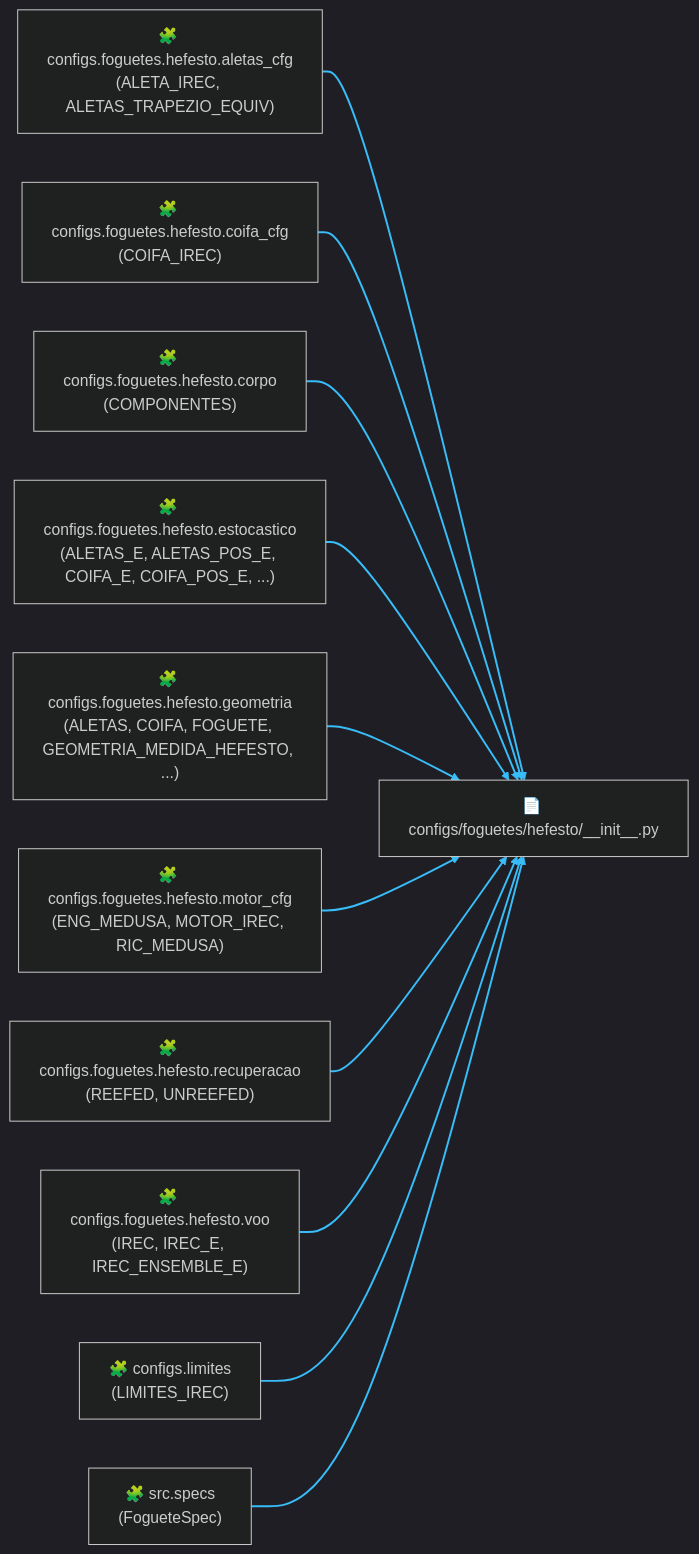
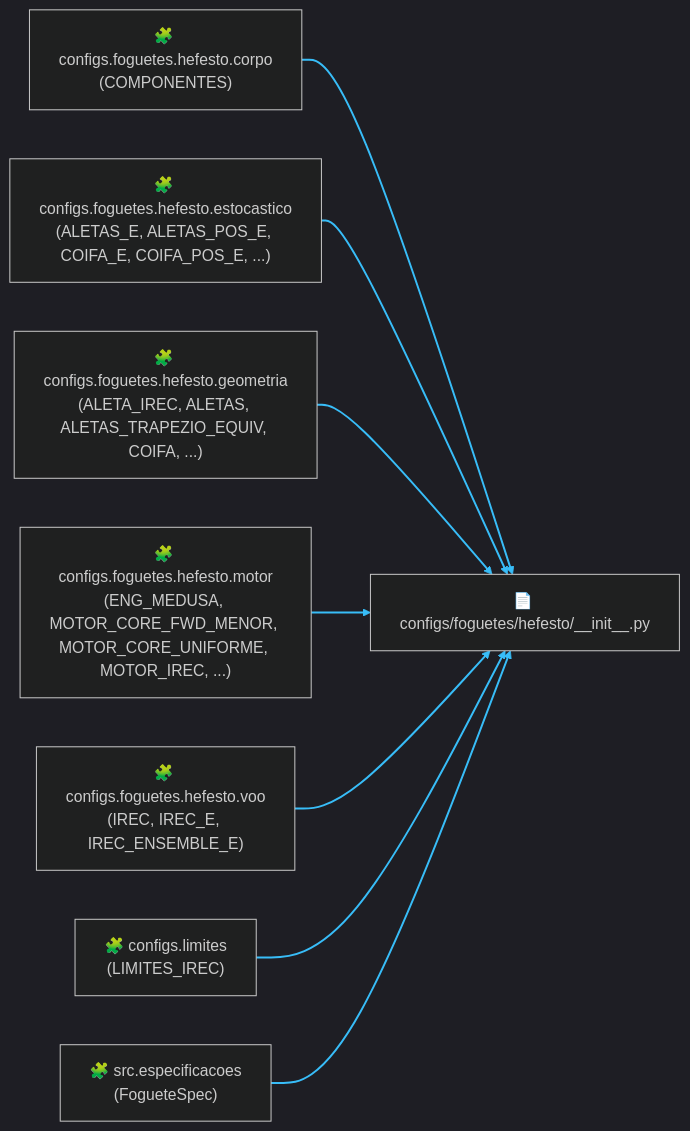
Before and after one commit to Supernova-Sim/Simulator-GUI-Python: the diagram in docs/arquitetura/_gerados_c4/configs__foguetes__hefesto.c4.md, drawn with Mermaid. The commit also changed other lines of this file and 130 other files, not shown here.

````diff
--- a/docs/arquitetura/_gerados_c4/configs__foguetes__hefesto.c4.md
+++ b/docs/arquitetura/_gerados_c4/configs__foguetes__hefesto.c4.md
@@ -21,26 +21,20 @@
 ```mermaid
 %%{init: {'theme': 'dark', 'themeVariables': { 'lineColor': '#38bdf8' }}}%%
 flowchart LR
     MOD["📄 configs/foguetes/hefesto/__init__.py"]
-    INT_0["🧩 configs.foguetes.hefesto.aletas_cfg\n(ALETA_IREC, ALETAS_TRAPEZIO_EQUIV)"] --> MOD
-    click INT_0 href "configs__foguetes__hefesto__aletas_cfg.c4.md" "Abrir C4 de configs.foguetes.hefesto.aletas_cfg"
-    INT_1["🧩 configs.foguetes.hefesto.coifa_cfg\n(COIFA_IREC)"] --> MOD
-    click INT_1 href "configs__foguetes__hefesto__coifa_cfg.c4.md" "Abrir C4 de configs.foguetes.hefesto.coifa_cfg"
-    INT_2["🧩 configs.foguetes.hefesto.corpo\n(COMPONENTES)"] --> MOD
-    click INT_2 href "configs__foguetes__hefesto__corpo.c4.md" "Abrir C4 de configs.foguetes.hefesto.corpo"
-    INT_3["🧩 configs.foguetes.hefesto.estocastico\n(ALETAS_E, ALETAS_POS_E, COIFA_E, COIFA_POS_E, ...)"] --> MOD
-    click INT_3 href "configs__foguetes__hefesto__estocastico.c4.md" "Abrir C4 de configs.foguetes.hefesto.estocastico"
-    INT_4["🧩 configs.foguetes.hefesto.geometria\n(ALETAS, COIFA, FOGUETE, GEOMETRIA_MEDIDA_HEFESTO, ...)"] --> MOD
-    click INT_4 href "configs__foguetes__hefesto__geometria.c4.md" "Abrir C4 de configs.foguetes.hefesto.geometria"
-    INT_5["🧩 configs.foguetes.hefesto.motor_cfg\n(ENG_MEDUSA, MOTOR_IREC, RIC_MEDUSA)"] --> MOD
-    click INT_5 href "configs__foguetes__hefesto__motor_cfg.c4.md" "Abrir C4 de configs.foguetes.hefesto.motor_cfg"
-    INT_6["🧩 configs.foguetes.hefesto.recuperacao\n(REEFED, UNREEFED)"] --> MOD
-    click INT_6 href "configs__foguetes__hefesto__recuperacao.c4.md" "Abrir C4 de configs.foguetes.hefesto.recuperacao"
-    INT_7["🧩 configs.foguetes.hefesto.voo\n(IREC, IREC_E, IREC_ENSEMBLE_E)"] --> MOD
-    click INT_7 href "configs__foguetes__hefesto__voo.c4.md" "Abrir C4 de configs.foguetes.hefesto.voo"
-    INT_8["🧩 configs.limites\n(LIMITES_IREC)"] --> MOD
-    click INT_8 href "configs__limites.c4.md" "Abrir C4 de configs.limites"
-    INT_9["🧩 src.specs\n(FogueteSpec)"] --> MOD
-    click INT_9 href "src__specs.c4.md" "Abrir C4 de src.specs"
+    INT_0["🧩 configs.foguetes.hefesto.corpo\n(COMPONENTES)"] --> MOD
+    click INT_0 href "configs__foguetes__hefesto__corpo.c4.md" "Abrir C4 de configs.foguetes.hefesto.corpo"
+    INT_1["🧩 configs.foguetes.hefesto.estocastico\n(ALETAS_E, ALETAS_POS_E, COIFA_E, COIFA_POS_E, ...)"] --> MOD
+    click INT_1 href "configs__foguetes__hefesto__estocastico.c4.md" "Abrir C4 de configs.foguetes.hefesto.estocastico"
+    INT_2["🧩 configs.foguetes.hefesto.geometria\n(ALETA_IREC, ALETAS, ALETAS_TRAPEZIO_EQUIV, COIFA, ...)"] --> MOD
+    click INT_2 href "configs__foguetes__hefesto__geometria.c4.md" "Abrir C4 de configs.foguetes.hefesto.geometria"
+    INT_3["🧩 configs.foguetes.hefesto.motor\n(ENG_MEDUSA, MOTOR_CORE_FWD_MENOR, MOTOR_CORE_UNIFORME, MOTOR_IREC, ...)"] --> MOD
+    click INT_3 href "configs__foguetes__hefesto__motor.c4.md" "Abrir C4 de configs.foguetes.hefesto.motor"
+    INT_4["🧩 configs.foguetes.hefesto.voo\n(IREC, IREC_E, IREC_ENSEMBLE_E)"] --> MOD
+    click INT_4 href "configs__foguetes__hefesto__voo.c4.md" "Abrir C4 de configs.foguetes.hefesto.voo"
+    INT_5["🧩 configs.limites\n(LIMITES_IREC)"] --> MOD
+    click INT_5 href "configs__limites.c4.md" "Abrir C4 de configs.limites"
+    INT_6["🧩 src.especificacoes\n(FogueteSpec)"] --> MOD
+    click INT_6 href "src__especificacoes.c4.md" "Abrir C4 de src.especificacoes"
     linkStyle default stroke:#38bdf8,stroke-width:2px;
 ```
````
